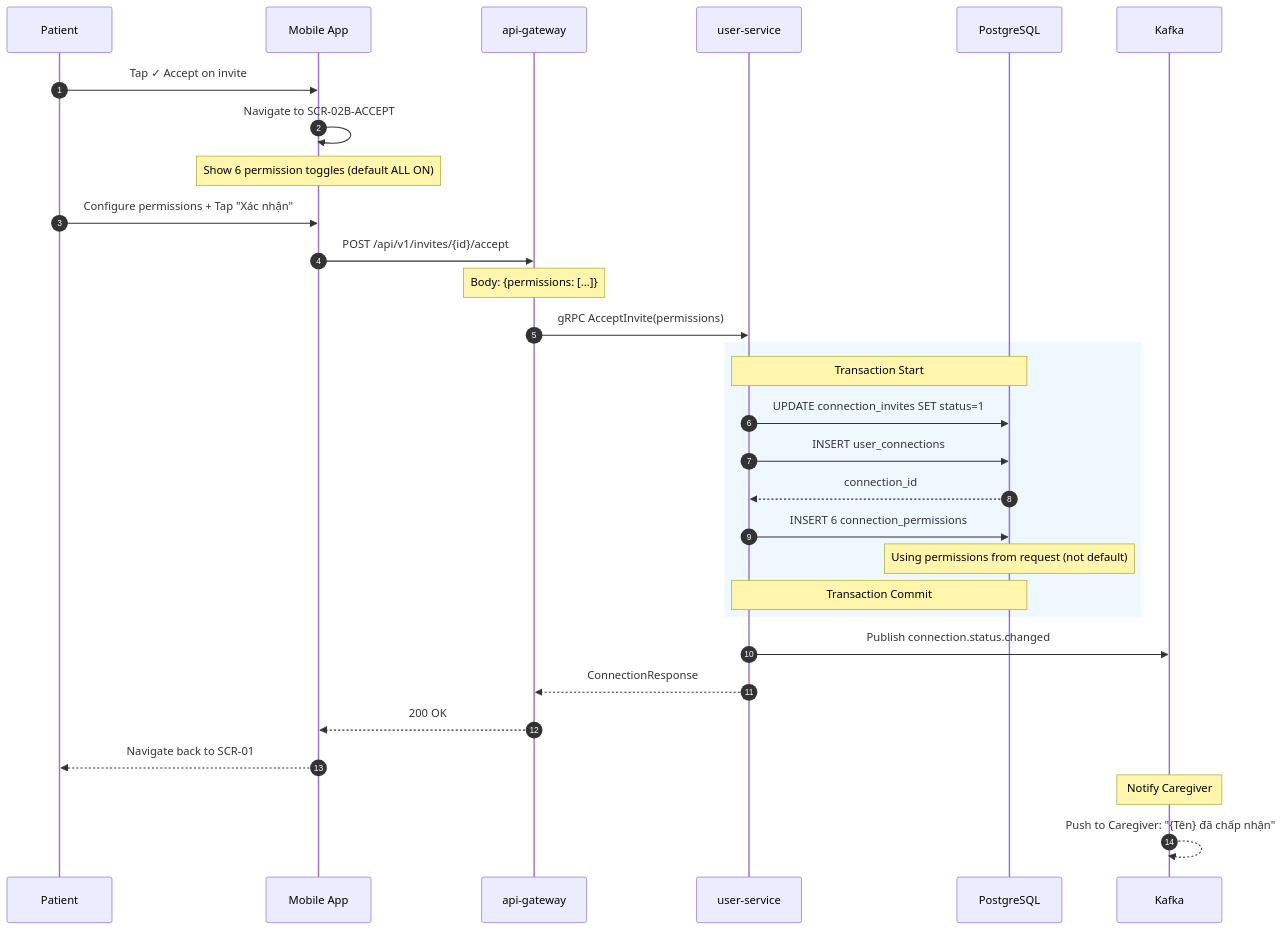
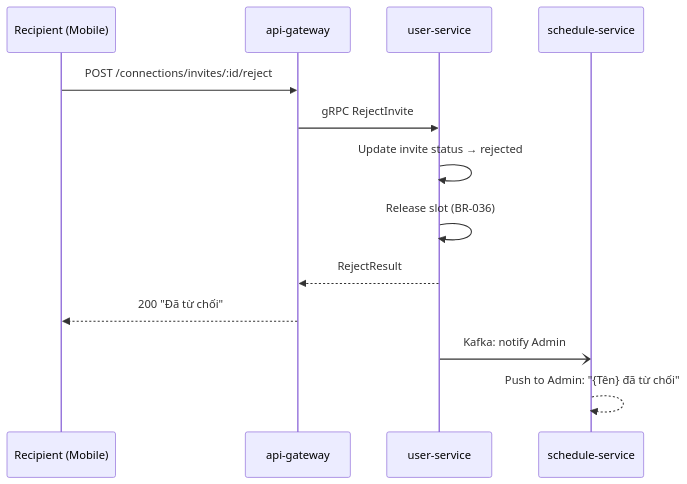
The third of 12 diagrams in nguoi_than/features/ket_noi_nguoi_than/02_planning/sequence-diagram.md (huynv-osp/kolia-huynv-local), drawn with Mermaid before and after one commit. The commit also changed other lines of this file and 30 other files, not shown here.

````diff
--- a/nguoi_than/features/ket_noi_nguoi_than/02_planning/sequence-diagram.md
+++ b/nguoi_than/features/ket_noi_nguoi_than/02_planning/sequence-diagram.md
@@ -114,43 +103,17 @@
 ```mermaid
 sequenceDiagram
-    autonumber
-    participant PT as Patient
-    participant App as Mobile App
+    participant User as Recipient (Mobile)
     participant GW as api-gateway
     participant US as user-service
-    participant DB as PostgreSQL
-    participant Kafka as Kafka
+    participant SS as schedule-service
 
-    PT->>App: Tap ✓ Accept on invite
-    App->>App: Navigate to SCR-02B-ACCEPT
-    Note over App: Show 6 permission toggles (default ALL ON)
+    User->>GW: POST /connections/invites/:id/reject
+    GW->>US: gRPC RejectInvite
+    US->>US: Update invite status → rejected
+    US->>US: Release slot (BR-036)
+    US-->>GW: RejectResult
+    GW-->>User: 200 "Đã từ chối"
     
-    PT->>App: Configure permissions + Tap "Xác nhận"
-    App->>GW: POST /api/v1/invites/{id}/accept
-    Note over GW: Body: {permissions: [...]}
-    
-    GW->>US: gRPC AcceptInvite(permissions)
-    
-    rect rgb(240, 248, 255)
-        Note over US,DB: Transaction Start
-        
-        US->>DB: UPDATE connection_invites SET status=1
-        
-        US->>DB: INSERT user_connections
-        DB-->>US: connection_id
-        
-        US->>DB: INSERT 6 connection_permissions
-        Note over DB: Using permissions from request (not default)
-        
-        Note over US,DB: Transaction Commit
-    end
-    
-    US->>Kafka: Publish connection.status.changed
-    
-    US-->>GW: ConnectionResponse
-    GW-->>App: 200 OK
-    App-->>PT: Navigate back to SCR-01
-    
-    Note over Kafka: Notify Caregiver
-    Kafka-->>Kafka: Push to Caregiver: "{Tên} đã chấp nhận"
+    US-)SS: Kafka: notify Admin
+    SS-->>SS: Push to Admin: "{Tên} đã từ chối"
 ```
````
